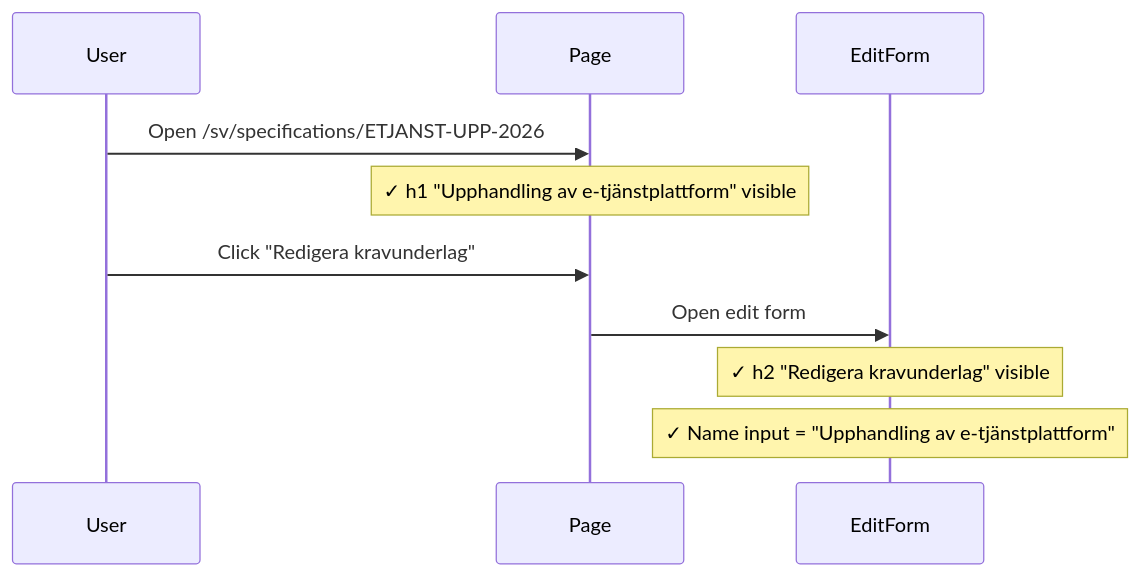
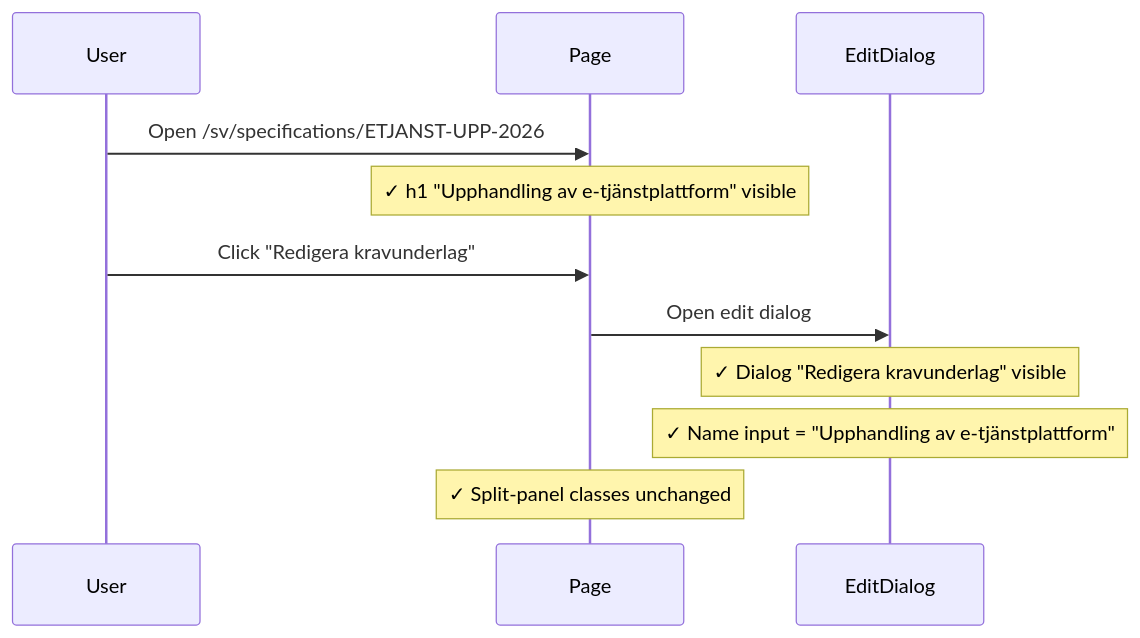
The second of 4 diagrams in tests/integration/requirements-specification-detail.md (viscalyx/Kravhantering), drawn with Mermaid before and after one commit. The commit also changed other lines of this file and 351 other files, not shown here.

````diff
--- a/tests/integration/requirements-specification-detail.md
+++ b/tests/integration/requirements-specification-detail.md
@@ -85,13 +84,14 @@
 ```mermaid
 sequenceDiagram
     participant U as User
     participant P as Page
-    participant F as EditForm
+    participant D as EditDialog
 
     U->>P: Open /sv/specifications/ETJANST-UPP-2026
     Note over P: ✓ h1 "Upphandling av e-tjänstplattform" visible
     U->>P: Click "Redigera kravunderlag"
-    P->>F: Open edit form
-    Note over F: ✓ h2 "Redigera kravunderlag" visible
-    Note over F: ✓ Name input = "Upphandling av e-tjänstplattform"
+    P->>D: Open edit dialog
+    Note over D: ✓ Dialog "Redigera kravunderlag" visible
+    Note over D: ✓ Name input = "Upphandling av e-tjänstplattform"
+    Note over P: ✓ Split-panel classes unchanged
 ```
````
